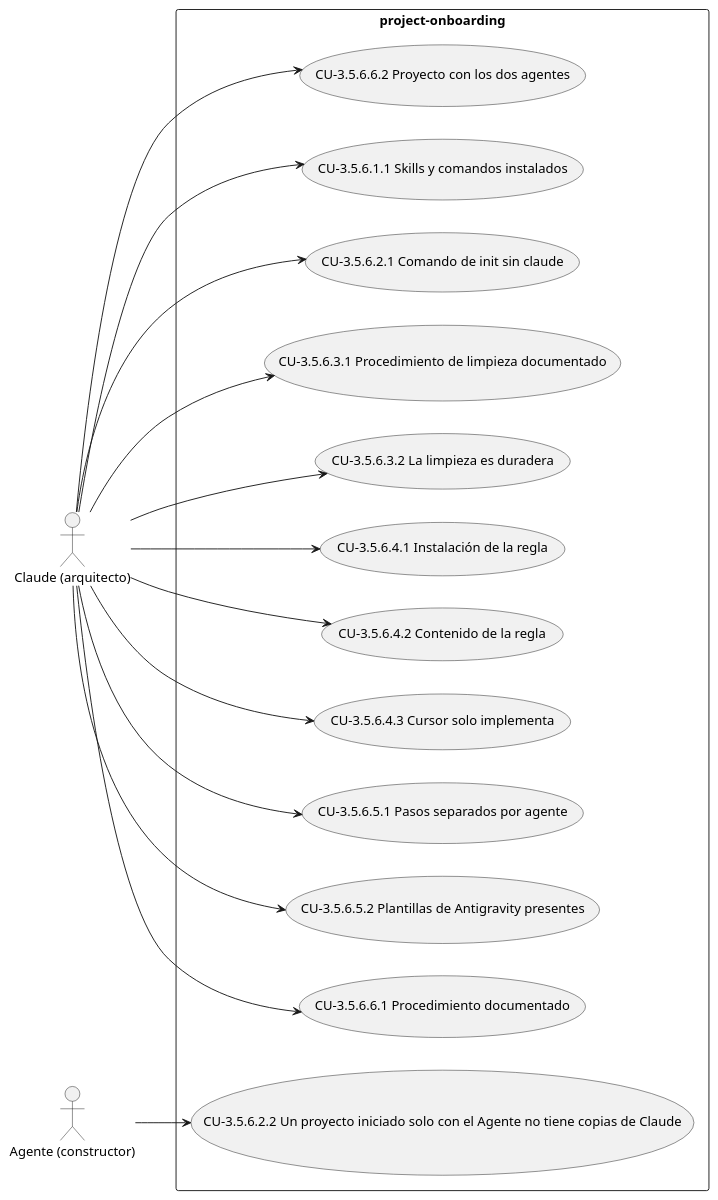
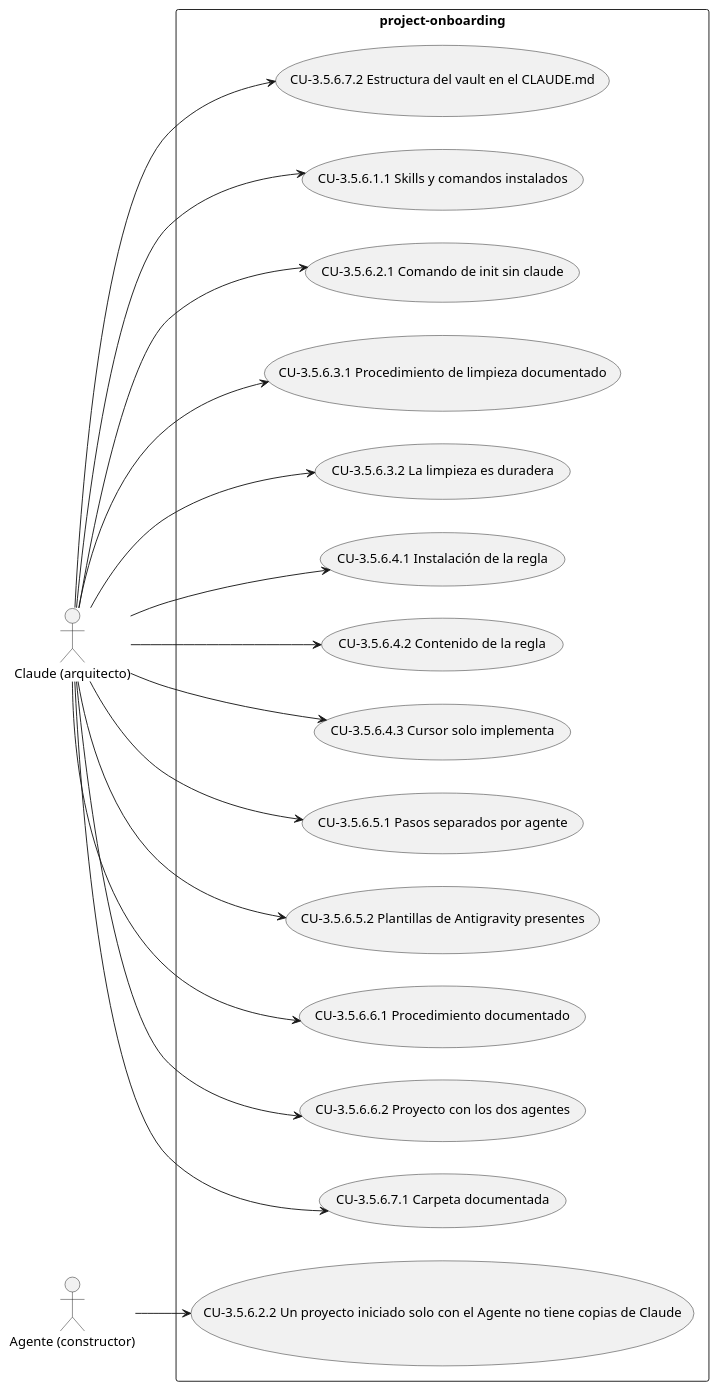
One commit to Lautaro-Montecchiani/sdd-global-config changed the sixth of 11 diagrams in docs/srs.md. Above: the diagram before and after it, drawn with PlantUML. The commit also changed other lines of this file and 1 other file, not shown here.

````diff
--- a/docs/srs.md
+++ b/docs/srs.md
@@ -602,33 +602,37 @@
 ```plantuml
 @startuml
 left to right direction
 actor "Claude (arquitecto)" as A1
 actor "Agente (constructor)" as A2
 rectangle "project-onboarding" {
   usecase "CU-3.5.6.1.1 Skills y comandos instalados" as UC_3_5_6_1_1
   usecase "CU-3.5.6.2.1 Comando de init sin claude" as UC_3_5_6_2_1
   usecase "CU-3.5.6.2.2 Un proyecto iniciado solo con el Agente no tiene copias de Claude" as UC_3_5_6_2_2
   usecase "CU-3.5.6.3.1 Procedimiento de limpieza documentado" as UC_3_5_6_3_1
   usecase "CU-3.5.6.3.2 La limpieza es duradera" as UC_3_5_6_3_2
   usecase "CU-3.5.6.4.1 Instalación de la regla" as UC_3_5_6_4_1
   usecase "CU-3.5.6.4.2 Contenido de la regla" as UC_3_5_6_4_2
   usecase "CU-3.5.6.4.3 Cursor solo implementa" as UC_3_5_6_4_3
   usecase "CU-3.5.6.5.1 Pasos separados por agente" as UC_3_5_6_5_1
   usecase "CU-3.5.6.5.2 Plantillas de Antigravity presentes" as UC_3_5_6_5_2
   usecase "CU-3.5.6.6.1 Procedimiento documentado" as UC_3_5_6_6_1
   usecase "CU-3.5.6.6.2 Proyecto con los dos agentes" as UC_3_5_6_6_2
+  usecase "CU-3.5.6.7.1 Carpeta documentada" as UC_3_5_6_7_1
+  usecase "CU-3.5.6.7.2 Estructura del vault en el CLAUDE.md" as UC_3_5_6_7_2
 }
 A1 --> UC_3_5_6_1_1
 A1 --> UC_3_5_6_2_1
 A2 --> UC_3_5_6_2_2
 A1 --> UC_3_5_6_3_1
 A1 --> UC_3_5_6_3_2
 A1 --> UC_3_5_6_4_1
 A1 --> UC_3_5_6_4_2
 A1 --> UC_3_5_6_4_3
 A1 --> UC_3_5_6_5_1
 A1 --> UC_3_5_6_5_2
 A1 --> UC_3_5_6_6_1
 A1 --> UC_3_5_6_6_2
+A1 --> UC_3_5_6_7_1
+A1 --> UC_3_5_6_7_2
 @enduml
 ```
````
